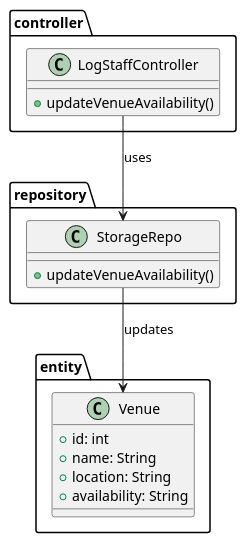
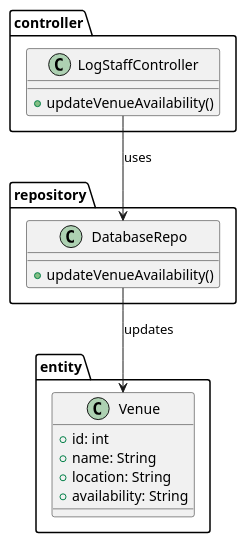
Before and after one commit to iamSlightlyWind/Legacy: the diagram in SWD392/class_diagrams/49_update_venue_availability.puml, drawn with PlantUML. The commit also changed 9 other files, not shown here.

```diff
--- a/SWD392/class_diagrams/49_update_venue_availability.puml
+++ b/SWD392/class_diagrams/49_update_venue_availability.puml
@@ -1,25 +1,25 @@
 @startuml
 package controller {
     class LogStaffController {
         +updateVenueAvailability()
     }
 }
 
 package repository {
-    class StorageRepo {
+    class DatabaseRepo {
         +updateVenueAvailability()
     }
 }
 
 package entity {
     class Venue {
         +id: int
         +name: String
         +location: String
         +availability: String
     }
 }
 
-LogStaffController --> StorageRepo : uses
-StorageRepo --> Venue : updates
+LogStaffController --> DatabaseRepo : uses
+DatabaseRepo --> Venue : updates
 @enduml
```
